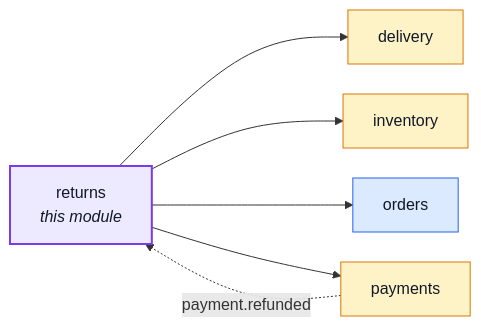
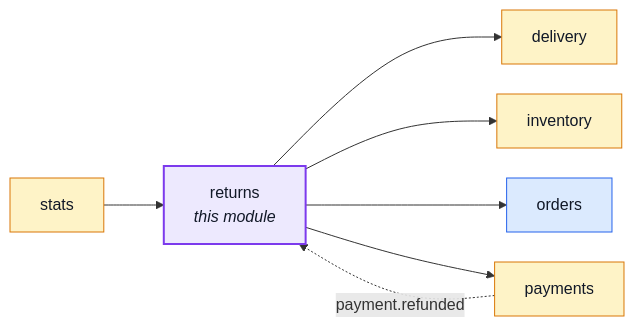
The first of 4 diagrams in docs/modules/returns.md (Guebbit/boilerplate-node-backend), drawn with Mermaid before and after one commit. The commit also changed other lines of this file and 56 other files, not shown here.

````diff
--- a/docs/modules/returns.md
+++ b/docs/modules/returns.md
@@ -21,23 +21,25 @@
 ```mermaid
 %%{init: {'flowchart': {'nodeSpacing': 30, 'rankSpacing': 60}}}%%
 flowchart LR
     returns["returns<br/><i>this module</i>"]
     delivery["delivery"]
     inventory["inventory"]
     orders["orders"]
     payments["payments"]
+    stats["stats"]
 
+    stats --> returns
     returns --> delivery
     returns --> inventory
     returns --> orders
     returns --> payments
     payments -. "payment.refunded" .-> returns
 
     classDef core fill:#dbeafe,stroke:#2563eb,color:#111827;
     classDef supporting fill:#fef3c7,stroke:#d97706,color:#111827;
     classDef generic fill:#dcfce7,stroke:#16a34a,color:#111827;
     classDef centre fill:#ede9fe,stroke:#7c3aed,stroke-width:2px,color:#111827;
     class orders core;
-    class delivery,inventory,payments supporting;
+    class delivery,inventory,payments,stats supporting;
     class returns centre;
 ```
````
